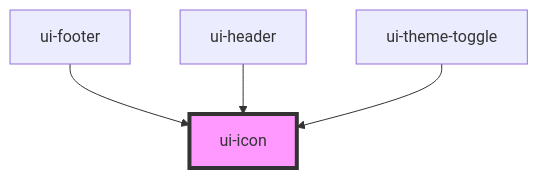
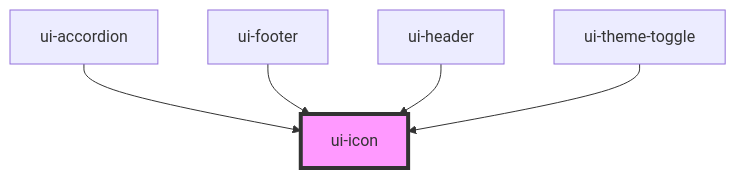
The diagram in packages/ui-kit/src/components/atoms/icon/readme.md (ElSimpatico/personal-site), drawn with Mermaid before and after one commit. The commit also changed other lines of this file and 7 other files, not shown here.

````diff
--- a/packages/ui-kit/src/components/atoms/icon/readme.md
+++ b/packages/ui-kit/src/components/atoms/icon/readme.md
@@ -24,7 +25,8 @@
 ```mermaid
 graph TD;
+  ui-accordion --> ui-icon
   ui-footer --> ui-icon
   ui-header --> ui-icon
   ui-theme-toggle --> ui-icon
   style ui-icon fill:#f9f,stroke:#333,stroke-width:4px
 ```
````
